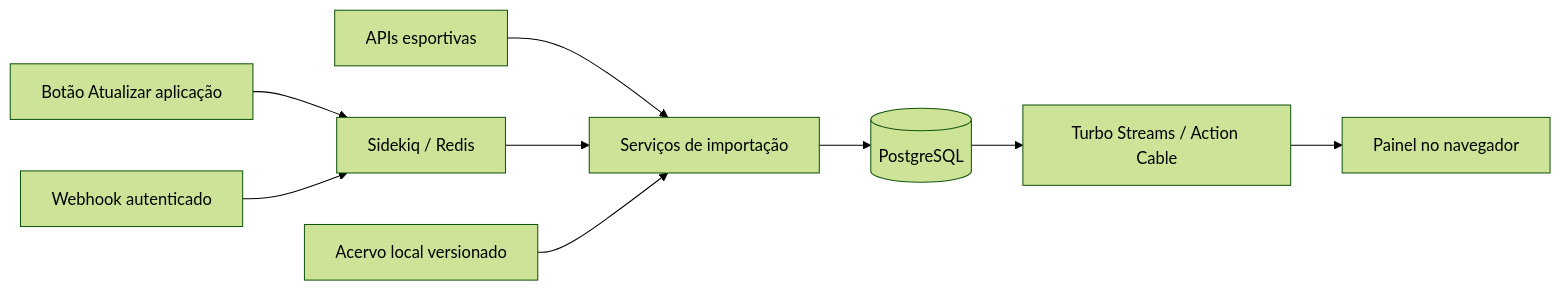
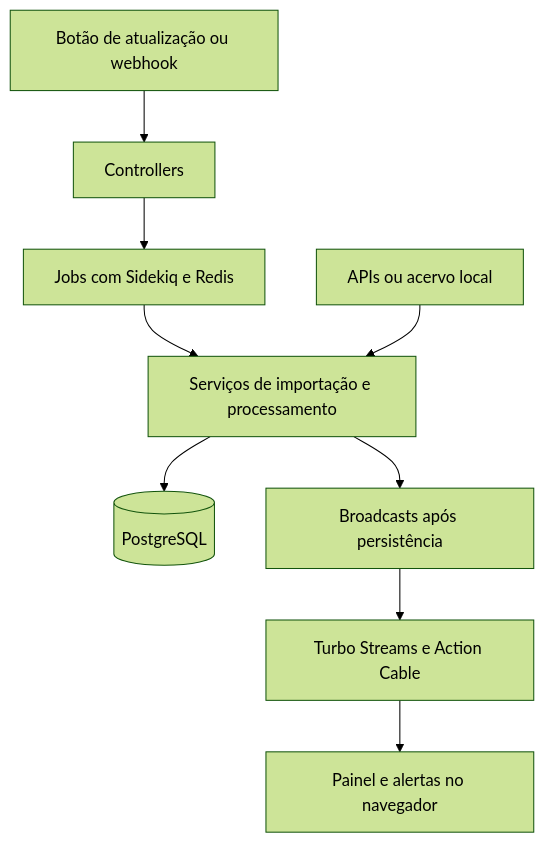
Before and after one commit to marcopicanco-dev/hexa_alerts: the diagram in README.md, drawn with Mermaid (forest theme). The commit also changed other lines of this file, not shown here.

````diff
--- a/README.md
+++ b/README.md
@@ -133,11 +56,11 @@
 ```mermaid
-flowchart LR
-    A[APIs esportivas] --> B[Serviços de importação]
-    C[Botão Atualizar aplicação] --> D[Sidekiq / Redis]
-    D --> B
-    E[Webhook autenticado] --> D
-    B --> F[(PostgreSQL)]
-    F --> G[Turbo Streams / Action Cable]
-    G --> H[Painel no navegador]
-    I[Acervo local versionado] --> B
+flowchart TD
+    A["Botão de atualização ou webhook"] --> B["Controllers"]
+    B --> C["Jobs com Sidekiq e Redis"]
+    C --> D["Serviços de importação e processamento"]
+    E["APIs ou acervo local"] --> D
+    D --> F[("PostgreSQL")]
+    D --> G["Broadcasts após persistência"]
+    G --> H["Turbo Streams e Action Cable"]
+    H --> I["Painel e alertas no navegador"]
 ```
````
